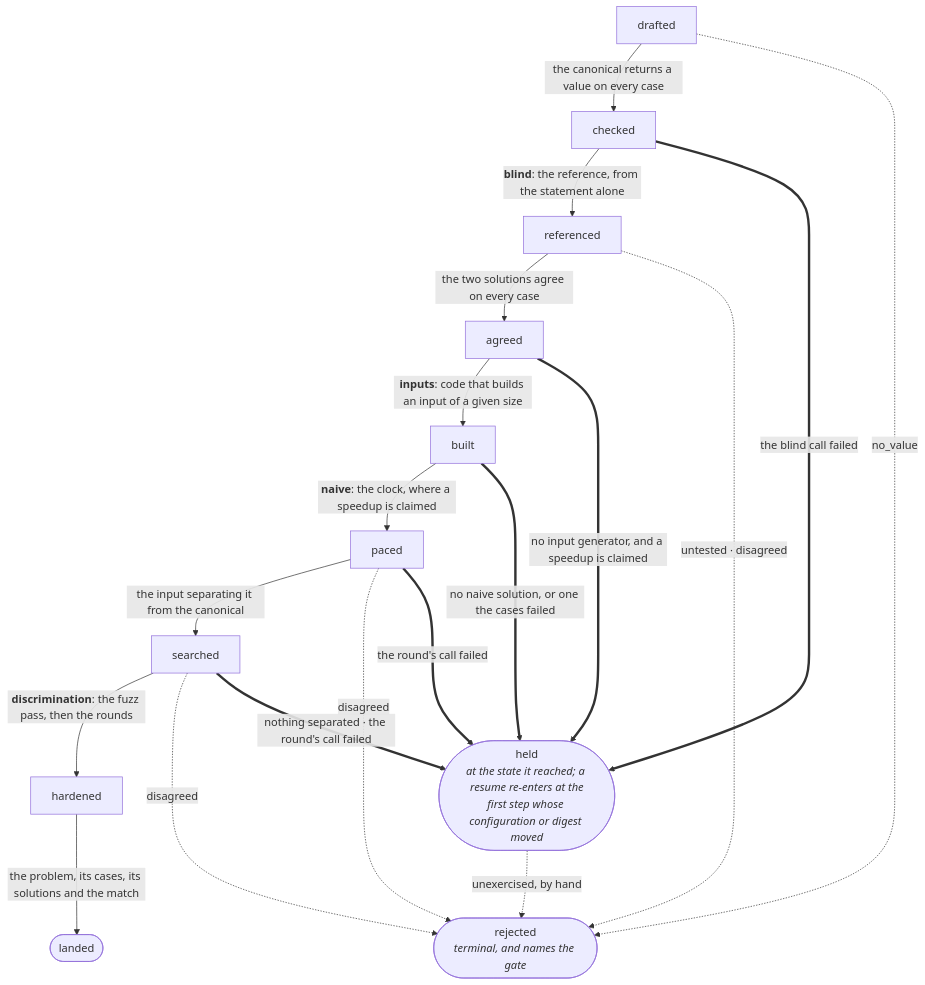
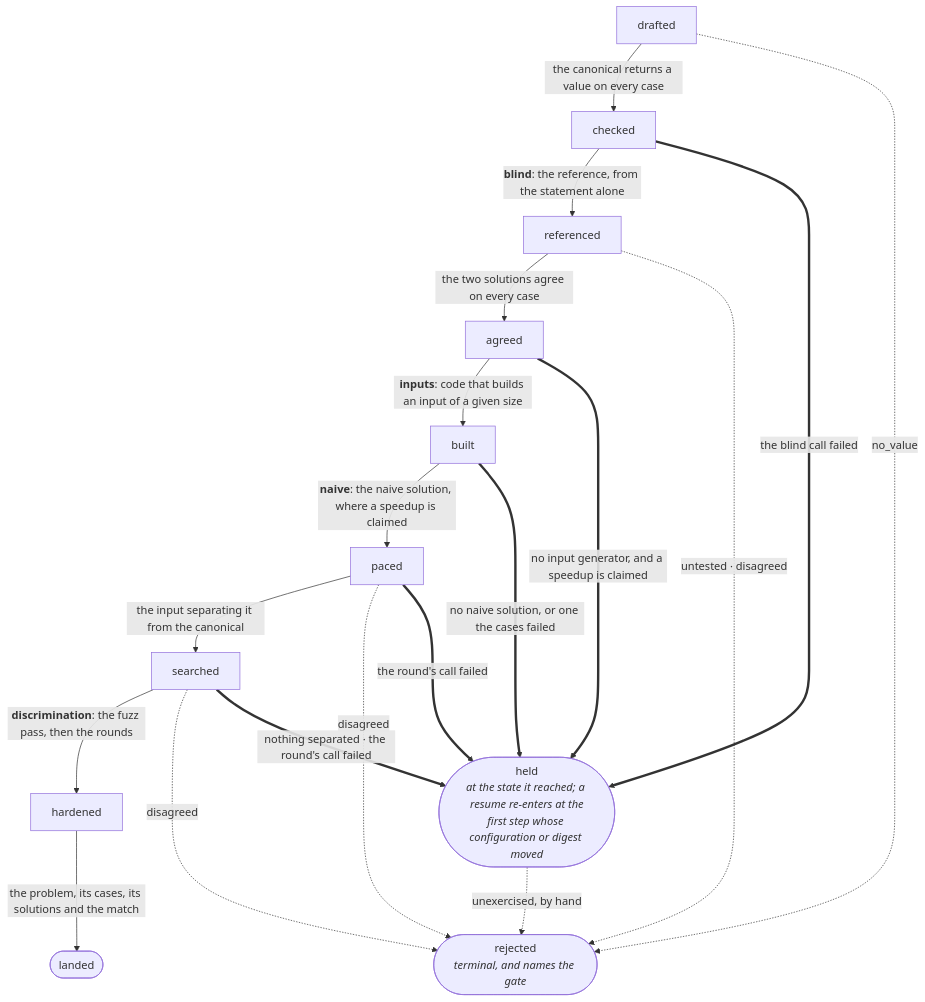
The diagram in docs/architecture/flows.md (lunochkin/algo-coach), drawn with Mermaid before and after one commit. The commit also changed other lines of this file and 44 other files, not shown here.

First line of the commit message:
refactor: one name for the naive solution

````diff
--- a/docs/architecture/flows.md
+++ b/docs/architecture/flows.md
@@ -189,23 +189,23 @@
 ```mermaid
 flowchart TB
   D["drafted"] -->|"the canonical returns a value on every case"| C["checked"]
   C -->|"<b>blind</b>: the reference, from the statement alone"| R["referenced"]
   R -->|"the two solutions agree on every case"| A["agreed"]
   A -->|"<b>inputs</b>: code that builds an input of a given size"| B["built"]
-  B -->|"<b>naive</b>: the clock, where a speedup is claimed"| P["paced"]
+  B -->|"<b>naive</b>: the naive solution, where a speedup is claimed"| P["paced"]
   P -->|"the input separating it from the canonical"| S["searched"]
   S -->|"<b>discrimination</b>: the fuzz pass, then the rounds"| H["hardened"]
   H -->|"the problem, its cases, its solutions and the match"| L(["landed"])
 
   D -.->|"no_value"| X(["rejected<br/><i>terminal, and names the gate</i>"])
   R -.->|"untested · disagreed"| X
   P -.->|"disagreed"| X
   S -.->|"disagreed"| X
 
   C ==>|"the blind call failed"| Z(["held<br/><i>at the state it reached; a resume re-enters at the<br/>first step whose configuration or digest moved</i>"])
   A ==>|"no input generator, and a speedup is claimed"| Z
   B ==>|"no naive solution, or one the cases failed"| Z
   P ==>|"the round's call failed"| Z
   S ==>|"nothing separated · the round's call failed"| Z
   Z -.->|"unexercised, by hand"| X
 ```
````
